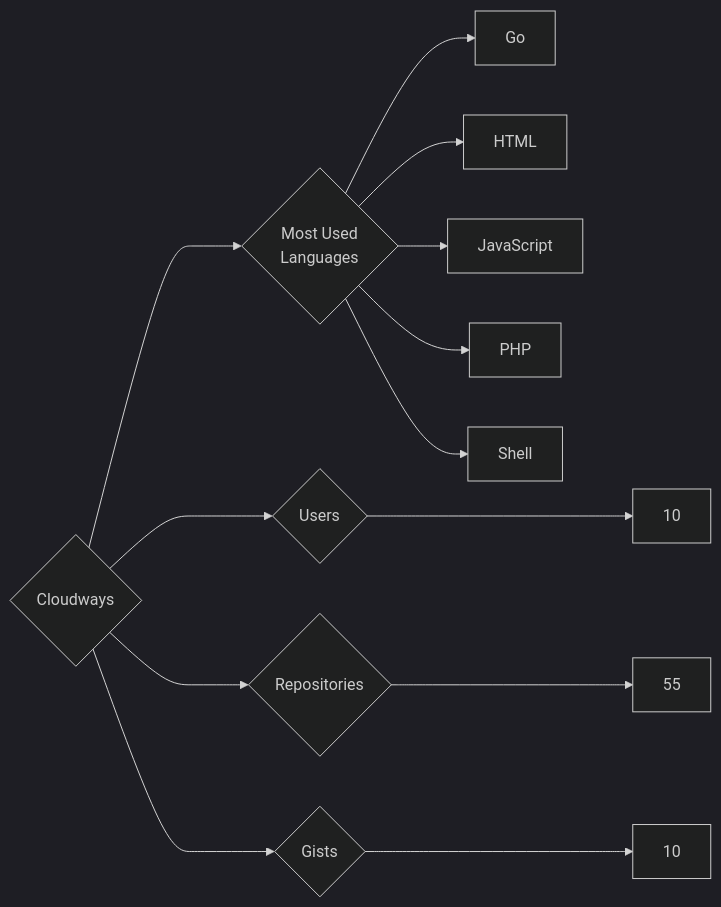
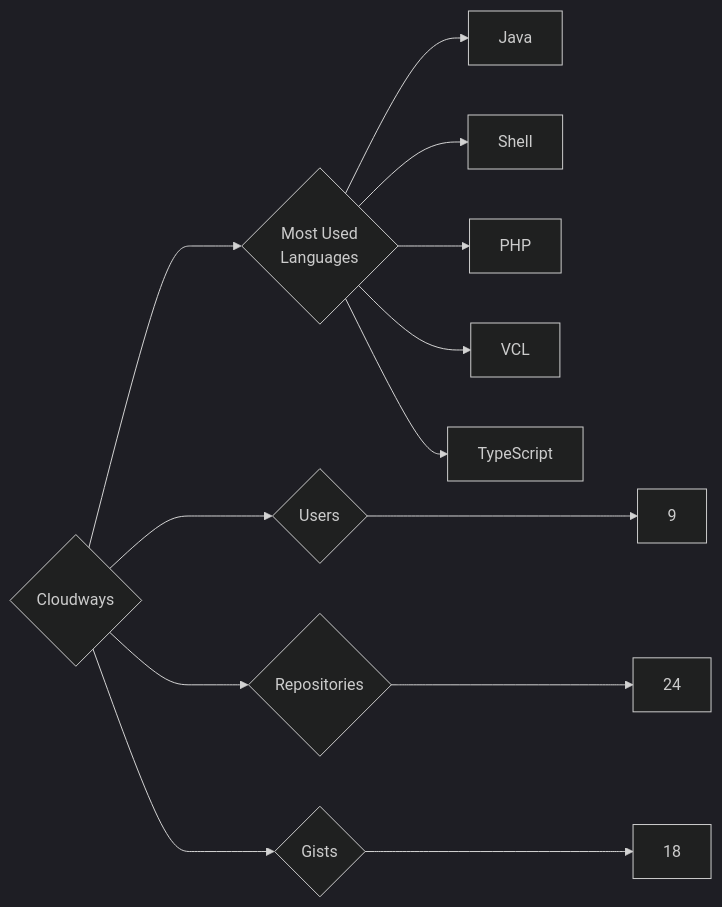
Before and after one commit to trickest/insiders: the diagram in targets/Cloudways/README.md, drawn with Mermaid (dark theme). The commit also changed 644 other files, not shown here.

````diff
--- a/targets/Cloudways/README.md
+++ b/targets/Cloudways/README.md
@@ -3,13 +3,13 @@
 ```mermaid
 graph LR
 COMPANY_NAME{Cloudways}
-COMPANY_NAME ---> U{Users} ---> UN[10]
-COMPANY_NAME ---> R{Repositories} ---> RN[55]
-COMPANY_NAME ---> G{Gists} ---> GN[10]
+COMPANY_NAME ---> U{Users} ---> UN[9]
+COMPANY_NAME ---> R{Repositories} ---> RN[24]
+COMPANY_NAME ---> G{Gists} ---> GN[18]
 COMPANY_NAME ---> ML{Most Used<br>Languages}
-ML --> Go[Go]
-ML --> HTML[HTML]
-ML --> JavaScript[JavaScript]
+ML --> Java[Java]
+ML --> Shell[Shell]
 ML --> PHP[PHP]
-ML --> Shell[Shell]
+ML --> VCL[VCL]
+ML --> TypeScript[TypeScript]
 ```
````
